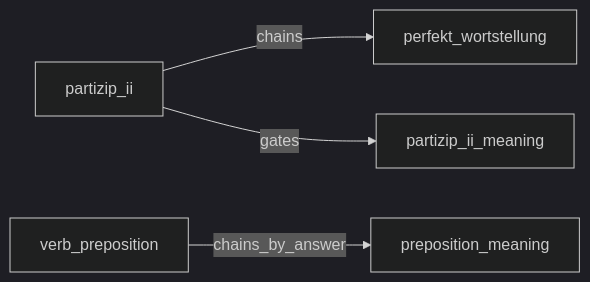
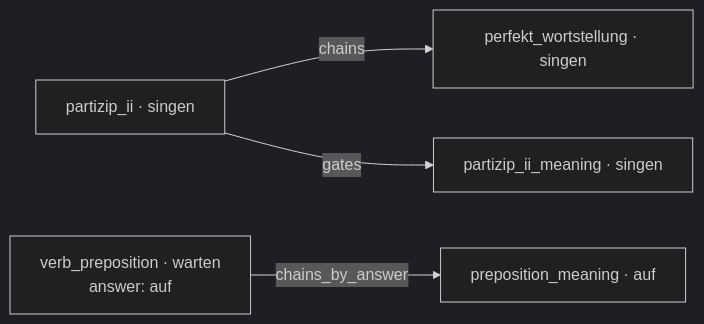
Before and after one commit to pauk-slon/immer-wiederholen: the diagram in docs/course-format.md, drawn with Mermaid (dark theme). The commit also changed other lines of this file, not shown here.

````diff
--- a/docs/course-format.md
+++ b/docs/course-format.md
@@ -119,6 +139,6 @@
 ```mermaid
 flowchart LR
-    partizip_ii -- chains --> perfekt_wortstellung
-    partizip_ii -- gates --> partizip_ii_meaning
-    verb_preposition -- chains_by_answer --> preposition_meaning
+    A["partizip_ii · singen"] -- chains --> B["perfekt_wortstellung · singen"]
+    A -- gates --> C["partizip_ii_meaning · singen"]
+    D["verb_preposition · warten<br>answer: auf"] -- chains_by_answer --> E["preposition_meaning · auf"]
 ```
````
